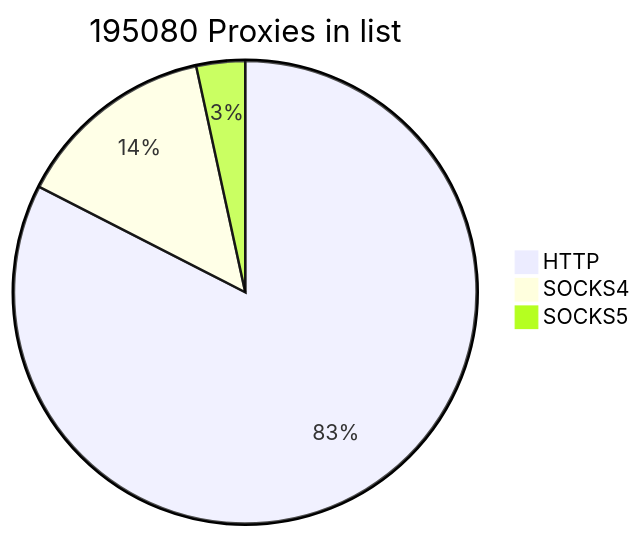
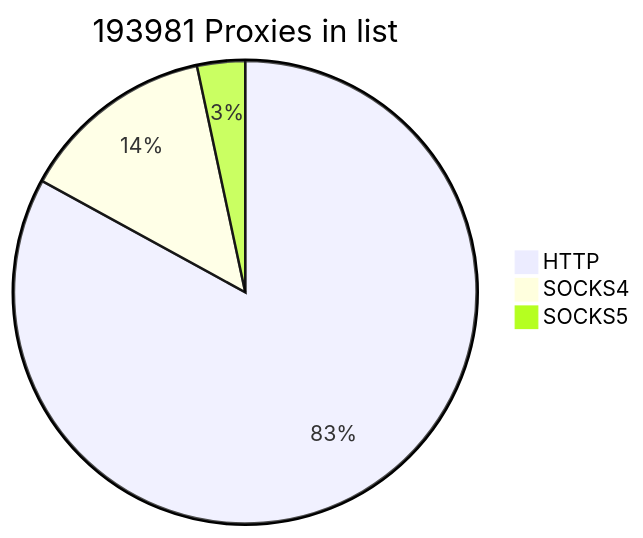
The first of 2 diagrams in README.md (cutipu/proxylist), drawn with Mermaid before and after one commit. The commit also changed other lines of this file, not shown here.

````diff
--- a/README.md
+++ b/README.md
@@ -2,7 +2,7 @@
 ```mermaid
-pie title 195080 Proxies in list
-    "HTTP" : 160984
-    "SOCKS4" : 27459
-    "SOCKS5" : 6637
+pie title 193981 Proxies in list
+    "HTTP" : 160958
+    "SOCKS4" : 26527
+    "SOCKS5" : 6496
             
 ```
````
